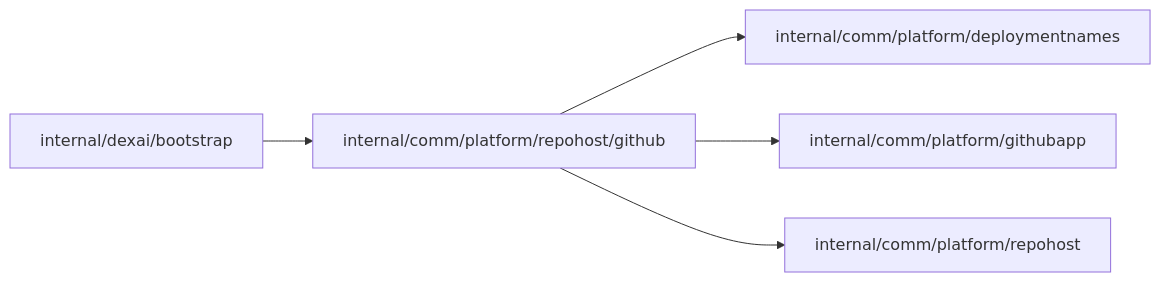
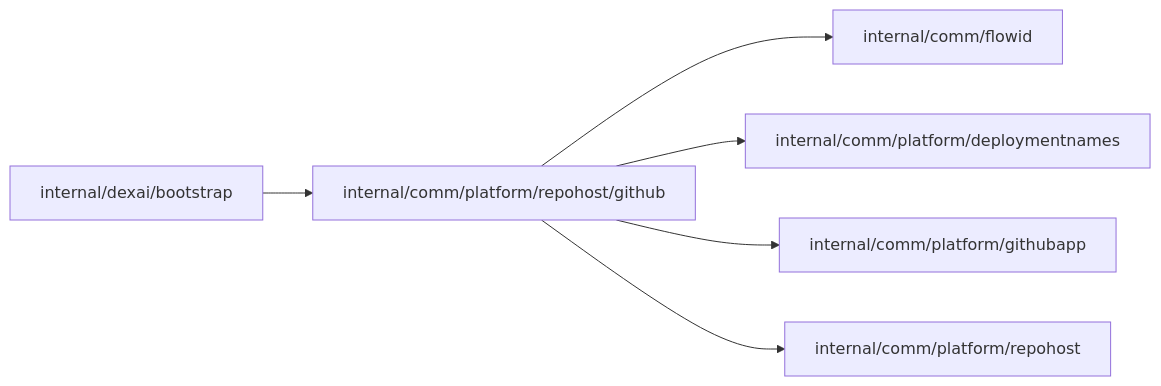
Before and after one commit to superdurable/superverse: the diagram in internal/comm/platform/repohost/github/README.md, drawn with Mermaid. The commit also changed other lines of this file and 145 other files, not shown here.

````diff
--- a/internal/comm/platform/repohost/github/README.md
+++ b/internal/comm/platform/repohost/github/README.md
@@ -10,8 +10,9 @@
 ```mermaid
 flowchart LR
   self["internal/comm/platform/repohost/github"]
   c0["internal/dexai/bootstrap"] --> self
-  self --> d0["internal/comm/platform/deploymentnames"]
-  self --> d1["internal/comm/platform/githubapp"]
-  self --> d2["internal/comm/platform/repohost"]
+  self --> d0["internal/comm/flowid"]
+  self --> d1["internal/comm/platform/deploymentnames"]
+  self --> d2["internal/comm/platform/githubapp"]
+  self --> d3["internal/comm/platform/repohost"]
 ```
````
